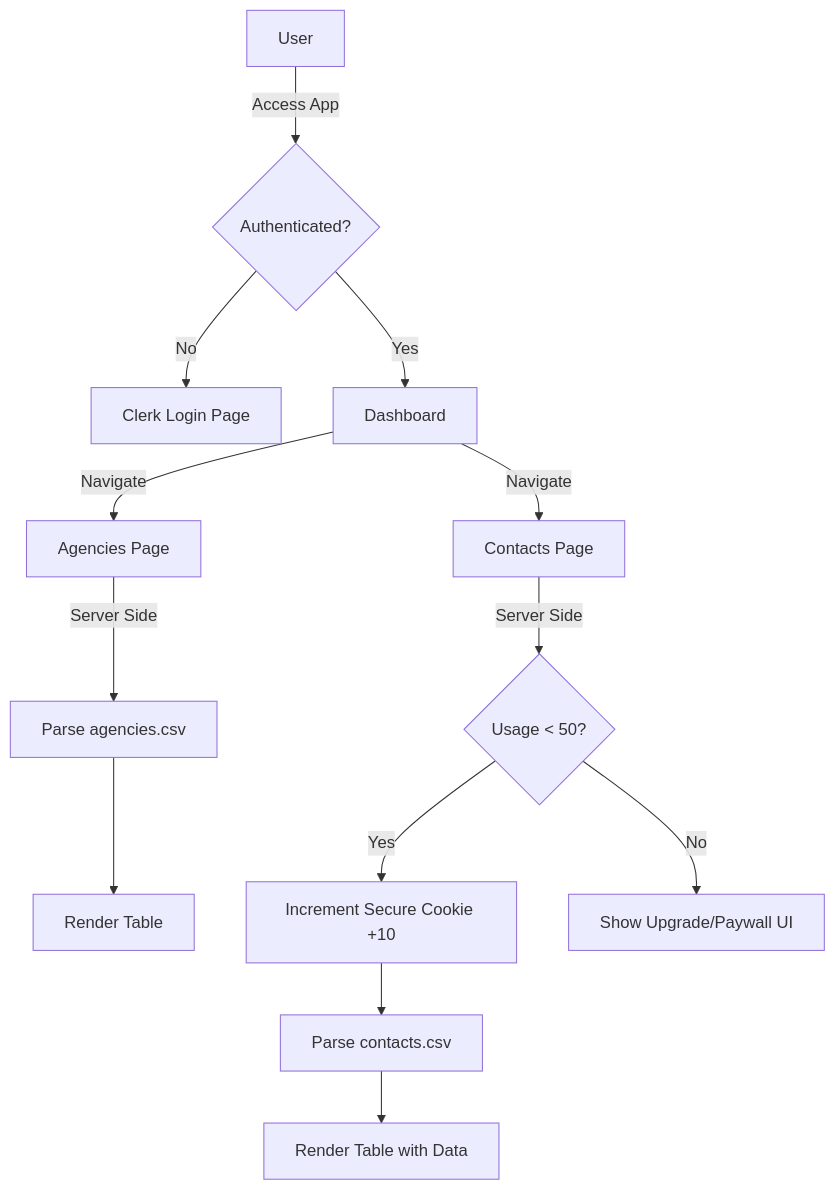
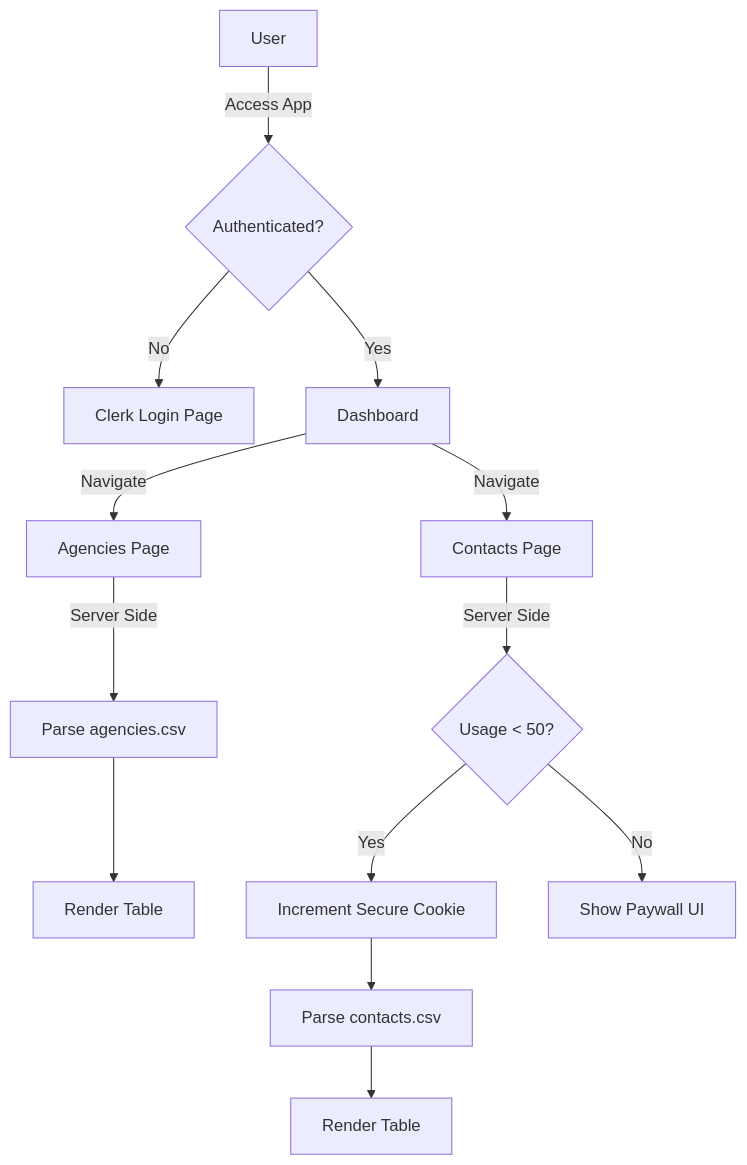
One commit to mohamedmahrouch/dashboard_app changed the diagram in README.md. Above: the diagram before and after it, drawn with Mermaid. The commit also changed other lines of this file, not shown here.

`````diff
--- a/README.md
+++ b/README.md
@@ -27,20 +34,19 @@
 ```mermaid
 graph TD
     User[User] -->|Access App| Middleware{Authenticated?}
     Middleware -->|No| Login[Clerk Login Page]
     Middleware -->|Yes| Dashboard[Dashboard]
-    
+
     Dashboard -->|Navigate| AgenciesPage[Agencies Page]
     AgenciesPage -->|Server Side| ReadCSV1[Parse agencies.csv]
     ReadCSV1 --> RenderAgencies[Render Table]
-    
+
     Dashboard -->|Navigate| ContactsPage[Contacts Page]
     ContactsPage -->|Server Side| LimitLogic{Usage < 50?}
-    
-    LimitLogic -->|Yes| UpdateUsage[Increment Secure Cookie +10]
+
+    LimitLogic -->|Yes| UpdateUsage[Increment Secure Cookie]
     UpdateUsage --> ReadCSV2[Parse contacts.csv]
-    ReadCSV2 --> RenderContacts[Render Table with Data]
-    
-    LimitLogic -->|No| BlockAccess[Show Upgrade/Paywall UI]
+    ReadCSV2 --> RenderContacts[Render Table]
 
-````
+    LimitLogic -->|No| BlockAccess[Show Paywall UI]
+```
`````
